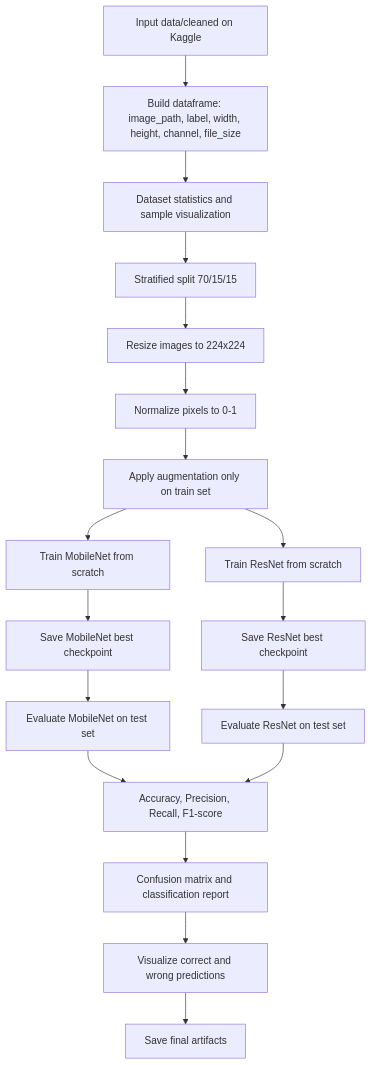
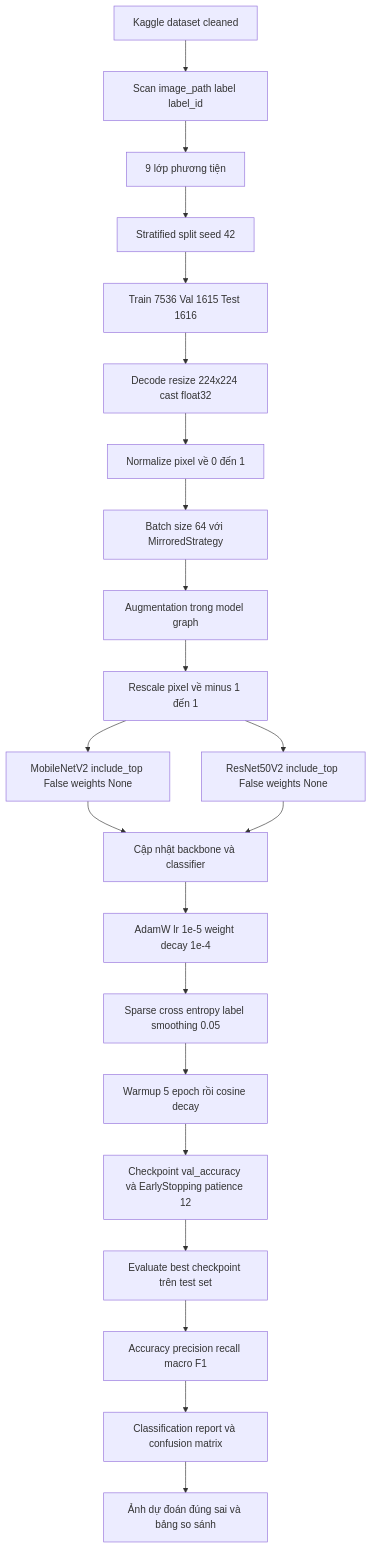
The diagram in traffic_vehicle_classification/report_docs/mermaid/train_eval_flow.mmd (flyingdoggoo/vehicle-classification), drawn with Mermaid before and after one commit. The commit also changed other lines of this file and 23 other files, not shown here.

```diff
--- a/traffic_vehicle_classification/report_docs/mermaid/train_eval_flow.mmd
+++ b/traffic_vehicle_classification/report_docs/mermaid/train_eval_flow.mmd
@@ -1,18 +1,22 @@
 flowchart TD
-    A[Input data/cleaned on Kaggle] --> B[Build dataframe: image_path, label, width, height, channel, file_size]
-    B --> C[Dataset statistics and sample visualization]
-    C --> D[Stratified split 70/15/15]
-    D --> E[Resize images to 224x224]
-    E --> F[Normalize pixels to 0-1]
-    F --> G[Apply augmentation only on train set]
-    G --> H[Train MobileNet from scratch]
-    G --> I[Train ResNet from scratch]
-    H --> J[Save MobileNet best checkpoint]
-    I --> K[Save ResNet best checkpoint]
-    J --> L[Evaluate MobileNet on test set]
-    K --> M[Evaluate ResNet on test set]
-    L --> N[Accuracy, Precision, Recall, F1-score]
-    M --> N
-    N --> O[Confusion matrix and classification report]
-    O --> P[Visualize correct and wrong predictions]
-    P --> Q[Save final artifacts]
+    A["Kaggle dataset cleaned"] --> B["Scan image_path label label_id"]
+    B --> C["9 lớp phương tiện"]
+    C --> D["Stratified split seed 42"]
+    D --> E["Train 7536 Val 1615 Test 1616"]
+    E --> F["Decode resize 224x224 cast float32"]
+    F --> G["Normalize pixel về 0 đến 1"]
+    G --> H["Batch size 64 với MirroredStrategy"]
+    H --> I["Augmentation trong model graph"]
+    I --> J["Rescale pixel về minus 1 đến 1"]
+    J --> K["MobileNetV2 include_top False weights None"]
+    J --> L["ResNet50V2 include_top False weights None"]
+    K --> M["Cập nhật backbone và classifier"]
+    L --> M
+    M --> N["AdamW lr 1e-5 weight decay 1e-4"]
+    N --> O["Sparse cross entropy label smoothing 0.05"]
+    O --> P["Warmup 5 epoch rồi cosine decay"]
+    P --> Q["Checkpoint val_accuracy và EarlyStopping patience 12"]
+    Q --> R["Evaluate best checkpoint trên test set"]
+    R --> S["Accuracy precision recall macro F1"]
+    S --> T["Classification report và confusion matrix"]
+    T --> U["Ảnh dự đoán đúng sai và bảng so sánh"]
```
